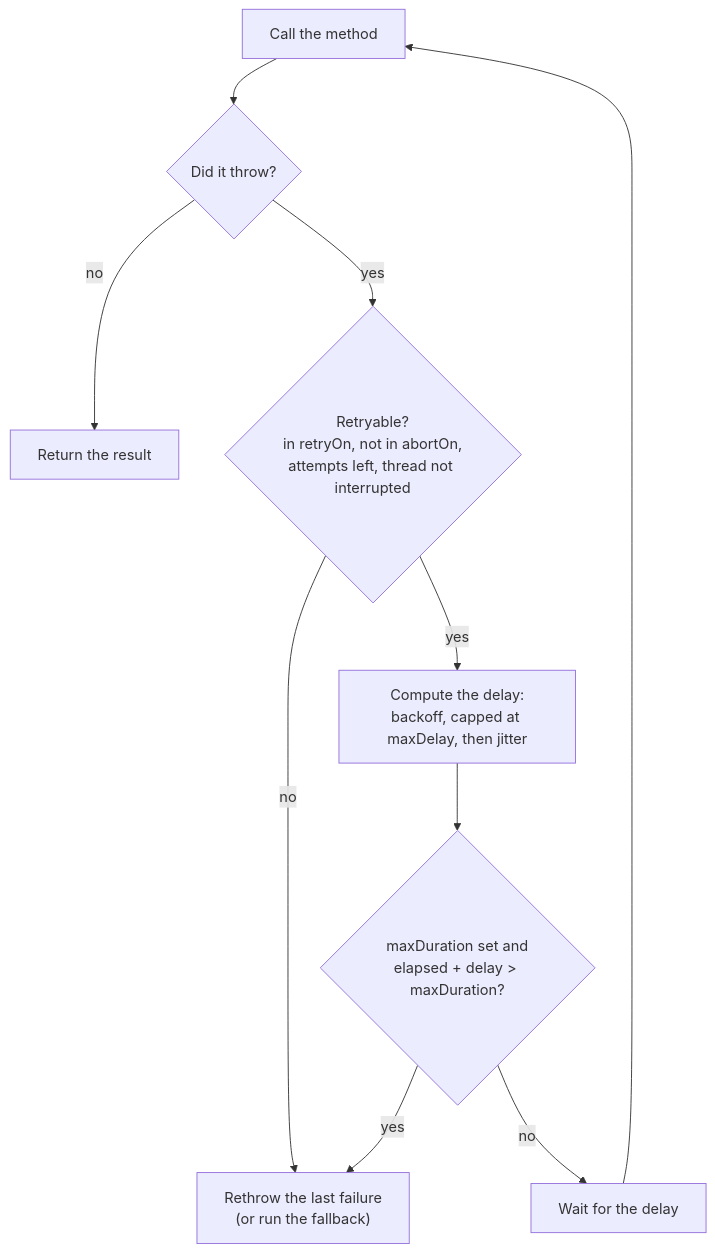
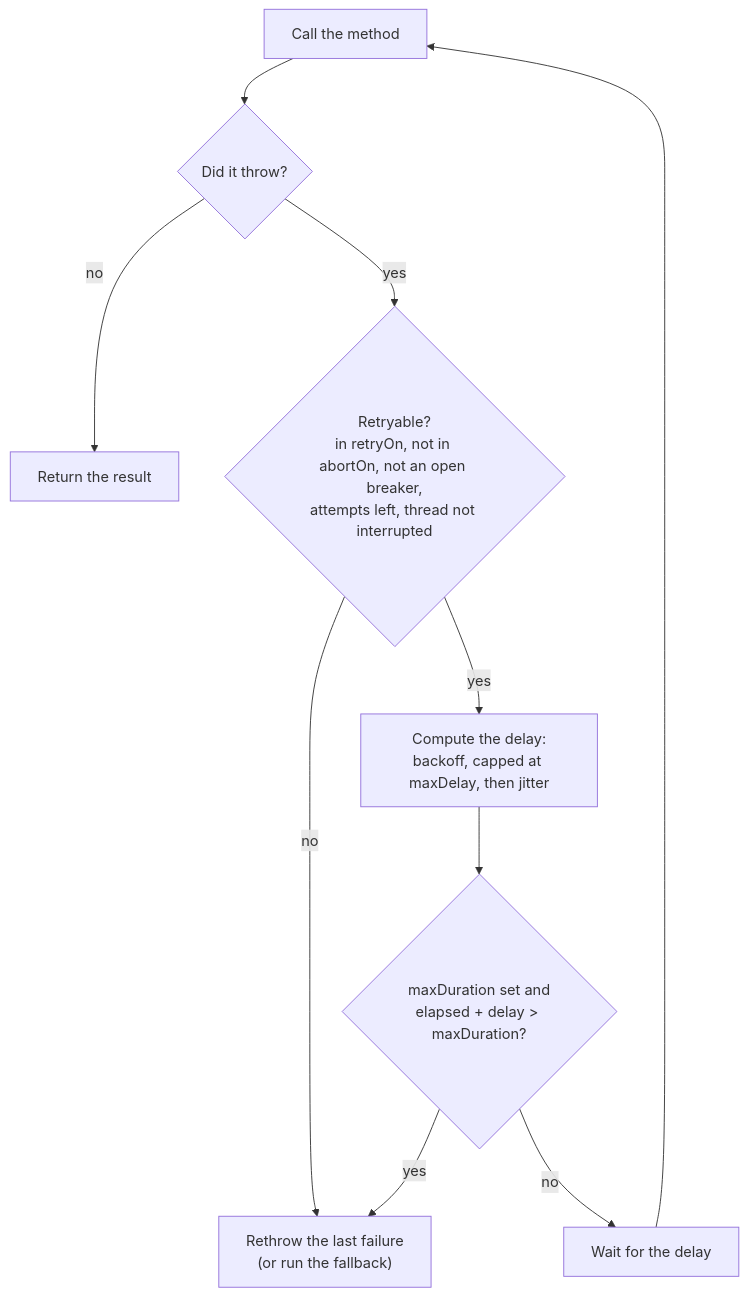
Before and after one commit to fabiangftech/resilience4cata: the diagram in docs/en/policies/retry.md, drawn with Mermaid. The commit also changed other lines of this file and 52 other files, not shown here.

````diff
--- a/docs/en/policies/retry.md
+++ b/docs/en/policies/retry.md
@@ -78,11 +78,11 @@
 ```mermaid
 flowchart TD
     attempt["Call the method"] --> threw{"Did it throw?"}
     threw -- no --> done["Return the result"]
-    threw -- yes --> retryable{"Retryable?<br/>in retryOn, not in abortOn,<br/>attempts left, thread not interrupted"}
+    threw -- yes --> retryable{"Retryable?<br/>in retryOn, not in abortOn, not an open breaker,<br/>attempts left, thread not interrupted"}
     retryable -- no --> fail["Rethrow the last failure<br/>(or run the fallback)"]
     retryable -- yes --> delay["Compute the delay:<br/>backoff, capped at maxDelay, then jitter"]
     delay --> budget{"maxDuration set and<br/>elapsed + delay > maxDuration?"}
     budget -- yes --> fail
     budget -- no --> sleep["Wait for the delay"] --> attempt
 ```
````
